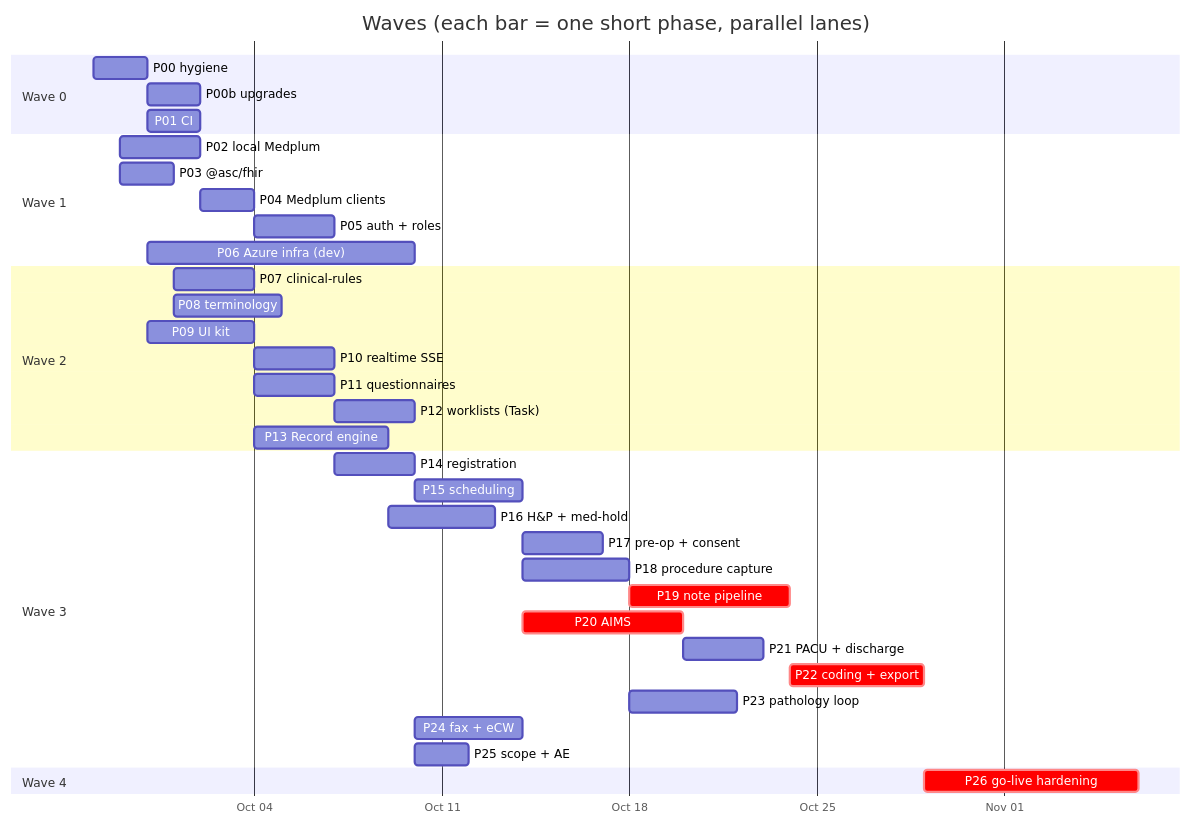
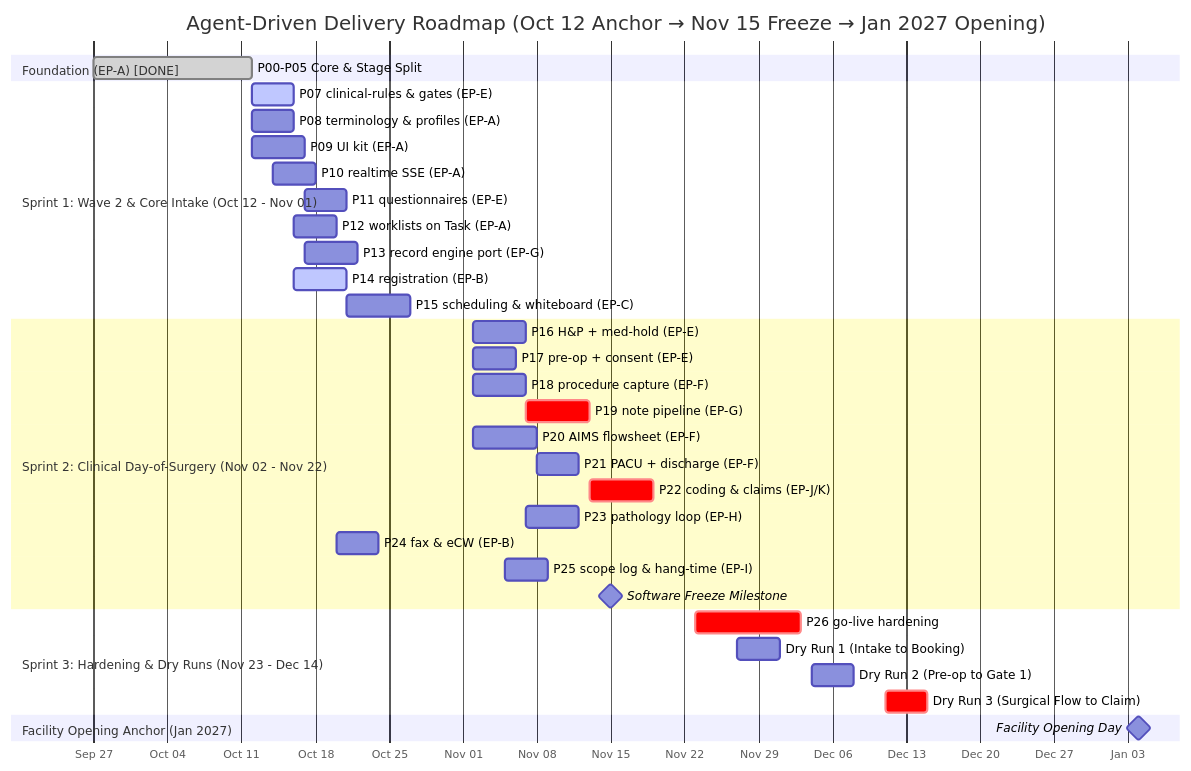
The first of 2 diagrams in docs/plan/implementation-plan.md (imRahul05/ASC-EHR), drawn with Mermaid before and after one commit. The commit also changed other lines of this file and 2 other files, not shown here.

Commit message:
docs: synchronize roadmap, epic mapping, and progress after PR #71

````diff
--- a/docs/plan/implementation-plan.md
+++ b/docs/plan/implementation-plan.md
@@ -75,39 +78,42 @@
 ```mermaid
 gantt
-    title Waves (each bar = one short phase, parallel lanes)
+    title Agent-Driven Delivery Roadmap (Oct 12 Anchor → Nov 15 Freeze → Jan 2027 Opening)
     dateFormat YYYY-MM-DD
     axisFormat %b %d
-    section Wave 0
-    P00 hygiene            :p00, 2026-09-28, 2d
-    P00b upgrades          :p00b, after p00, 2d
-    P01 CI                 :p01, after p00, 2d
-    section Wave 1
-    P02 local Medplum      :p02, 2026-09-29, 3d
-    P03 @asc/fhir          :p03, 2026-09-29, 2d
-    P04 Medplum clients    :p04, after p02 p03, 2d
-    P05 auth + roles       :p05, after p04, 3d
-    P06 Azure infra (dev)  :p06, 2026-09-30, 10d
-    section Wave 2
-    P07 clinical-rules     :p07, after p03, 3d
-    P08 terminology        :p08, after p03, 4d
-    P09 UI kit             :p09, after p00, 4d
-    P10 realtime SSE       :p10, after p04, 3d
-    P11 questionnaires     :p11, after p09 p03, 3d
-    P12 worklists (Task)   :p12, after p05 p07, 3d
-    P13 Record engine      :p13, after p09, 5d
-    section Wave 3
-    P14 registration       :p14, after p05 p09, 3d
-    P15 scheduling         :p15, after p14 p07 p10, 4d
-    P16 H&P + med-hold     :p16, after p11 p13 p10, 4d
-    P17 pre-op + consent   :p17, after p11 p15, 3d
-    P18 procedure capture  :p18, after p15 p10, 4d
-    P19 note pipeline      :crit, p19, after p18 p13 p08, 6d
-    P20 AIMS               :crit, p20, after p15 p09, 6d
-    P21 PACU + discharge   :p21, after p11 p20, 3d
-    P22 coding + export    :crit, p22, after p19 p08, 5d
-    P23 pathology loop     :p23, after p18 p12, 4d
-    P24 fax + eCW          :p24, after p10 p12, 4d
-    P25 scope + AE         :p25, after p11 p12, 2d
-    section Wave 4
-    P26 go-live hardening  :crit, p26, after p19 p20 p22, 8d
+
+    section Foundation (EP-A) [DONE]
+    P00-P05 Core & Stage Split         :done, fdn, 2026-09-27, 2026-10-12
+
+    section Sprint 1: Wave 2 & Core Intake (Oct 12 - Nov 01)
+    P07 clinical-rules & gates (EP-E) :active, p07, 2026-10-12, 4d
+    P08 terminology & profiles (EP-A) :p08, 2026-10-12, 4d
+    P09 UI kit (EP-A)                 :p09, 2026-10-12, 5d
+    P10 realtime SSE (EP-A)           :p10, 2026-10-14, 4d
+    P11 questionnaires (EP-E)         :p11, after p09, 4d
+    P12 worklists on Task (EP-A)      :p12, after p07, 4d
+    P13 record engine port (EP-G)     :p13, after p09, 5d
+    P14 registration (EP-B)           :active, p14, 2026-10-16, 5d
+    P15 scheduling & whiteboard (EP-C):p15, after p14 p07, 6d
+
+    section Sprint 2: Clinical Day-of-Surgery (Nov 02 - Nov 22)
+    P16 H&P + med-hold (EP-E)         :p16, 2026-11-02, 5d
+    P17 pre-op + consent (EP-E)       :p17, 2026-11-02, 4d
+    P18 procedure capture (EP-F)      :p18, 2026-11-02, 5d
+    P19 note pipeline (EP-G)          :crit, p19, after p18 p13 p08, 6d
+    P20 AIMS flowsheet (EP-F)         :p20, 2026-11-02, 6d
+    P21 PACU + discharge (EP-F)       :p21, after p20, 4d
+    P22 coding & claims (EP-J/K)      :crit, p22, after p19, 6d
+    P23 pathology loop (EP-H)         :p23, after p18 p12, 5d
+    P24 fax & eCW (EP-B)              :p24, after p10 p12, 4d
+    P25 scope log & hang-time (EP-I)  :p25, 2026-11-05, 4d
+    Software Freeze Milestone         :milestone, freeze, 2026-11-15, 0d
+
+    section Sprint 3: Hardening & Dry Runs (Nov 23 - Dec 14)
+    P26 go-live hardening             :crit, p26, 2026-11-23, 10d
+    Dry Run 1 (Intake to Booking)     :dr1, 2026-11-27, 4d
+    Dry Run 2 (Pre-op to Gate 1)      :dr2, 2026-12-04, 4d
+    Dry Run 3 (Surgical Flow to Claim):crit, dr3, 2026-12-11, 4d
+
+    section Facility Opening Anchor (Jan 2027)
+    Facility Opening Day              :milestone, open, 2027-01-04, 0d
 ```
````
